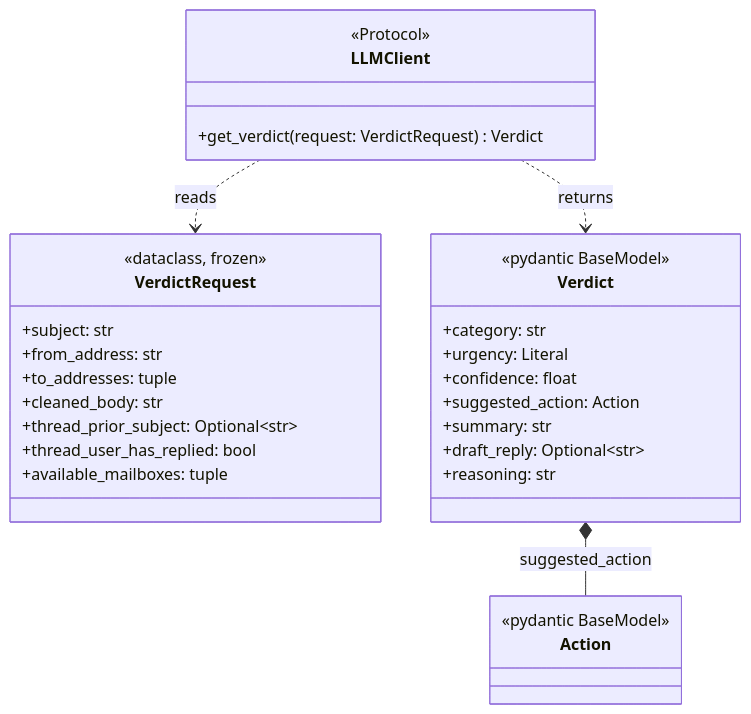
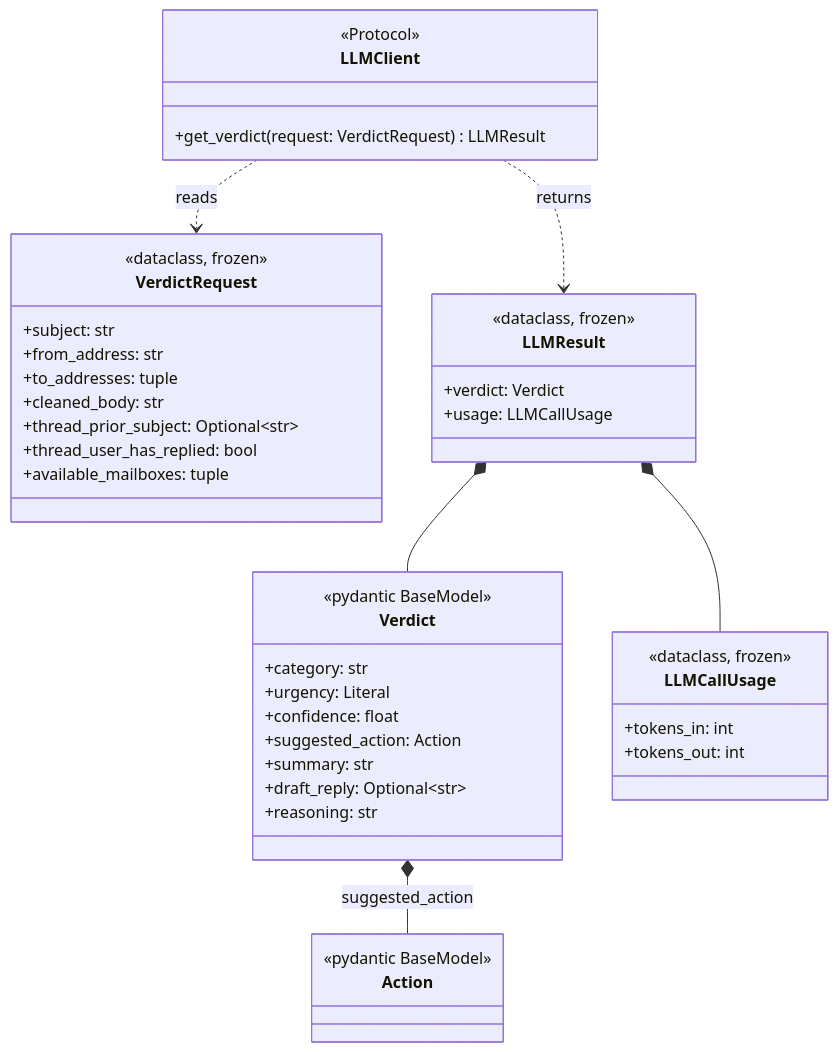
Before and after one commit to Stainless5166/friendly-octo-spork: diagram 13 of 38 in docs/DESIGN.md, drawn with Mermaid. The commit also changed other lines of this file and 1 other file, not shown here.

````diff
--- a/docs/DESIGN.md
+++ b/docs/DESIGN.md
@@ -1117,32 +1118,44 @@
 ```mermaid
 classDiagram
     class Action { <<pydantic BaseModel>> }
     class VerdictRequest {
         <<dataclass, frozen>>
         +subject: str
         +from_address: str
         +to_addresses: tuple
         +cleaned_body: str
         +thread_prior_subject: Optional~str~
         +thread_user_has_replied: bool
         +available_mailboxes: tuple
     }
     class Verdict {
         <<pydantic BaseModel>>
         +category: str
         +urgency: Literal
         +confidence: float
         +suggested_action: Action
         +summary: str
         +draft_reply: Optional~str~
         +reasoning: str
     }
+    class LLMCallUsage {
+        <<dataclass, frozen>>
+        +tokens_in: int
+        +tokens_out: int
+    }
+    class LLMResult {
+        <<dataclass, frozen>>
+        +verdict: Verdict
+        +usage: LLMCallUsage
+    }
     class LLMClient {
         <<Protocol>>
-        +get_verdict(request: VerdictRequest) Verdict
+        +get_verdict(request: VerdictRequest) LLMResult
     }
 
     Verdict *-- Action : suggested_action
     LLMClient ..> VerdictRequest : reads
-    LLMClient ..> Verdict : returns
+    LLMResult *-- Verdict
+    LLMResult *-- LLMCallUsage
+    LLMClient ..> LLMResult : returns
 ```
````
